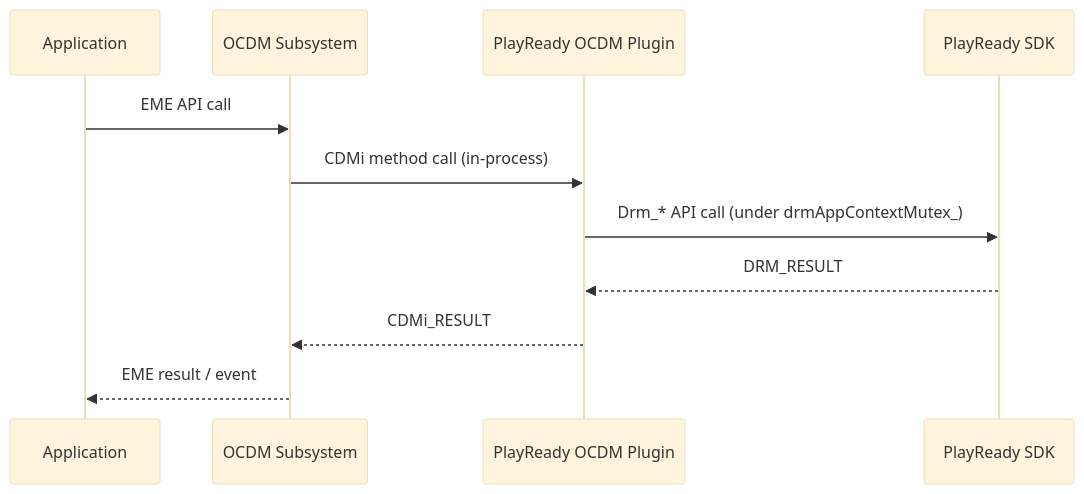
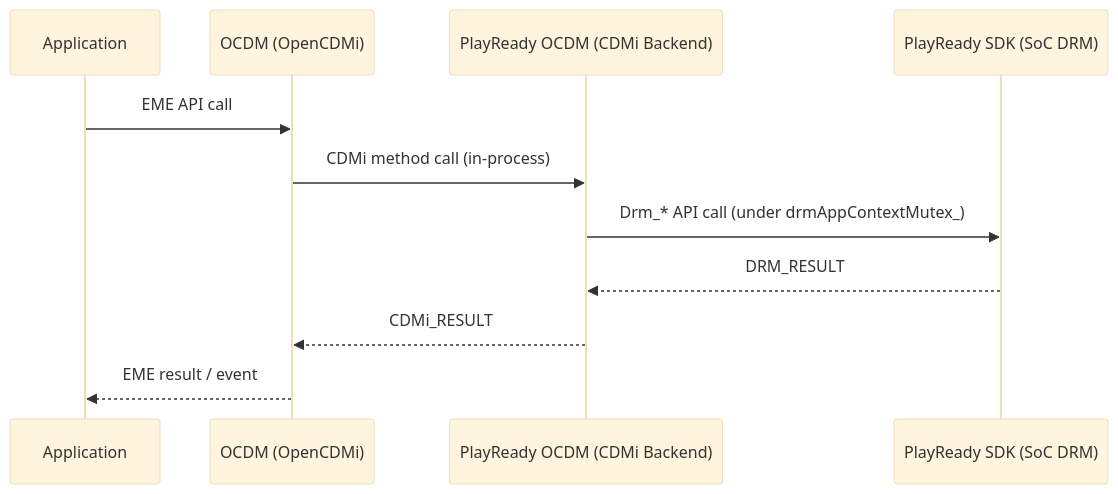
Before and after one commit to rns21/RDK_Documentation: the seventh of 8 diagrams in docs/docu/RDKV-Documentations/playready-ocdm.md, drawn with Mermaid (base theme). The commit also changed other lines of this file, not shown here.

First line of the commit message:
Revise PlayReady OCDM documentation

````diff
--- a/docs/docu/RDKV-Documentations/playready-ocdm.md
+++ b/docs/docu/RDKV-Documentations/playready-ocdm.md
@@ -342,14 +350,14 @@
 ```mermaid
 sequenceDiagram
     participant App as Application
-    participant OCDM as OCDM Subsystem
-    participant PR as PlayReady OCDM Plugin
-    participant PRSDK as PlayReady SDK
+    participant OCDM as OCDM (OpenCDMi)
+    participant PR as PlayReady OCDM (CDMi Backend)
+    participant PRSDK as PlayReady SDK (SoC DRM)
 
     App->>OCDM: EME API call
     OCDM->>PR: CDMi method call (in-process)
     PR->>PRSDK: Drm_* API call (under drmAppContextMutex_)
     PRSDK-->>PR: DRM_RESULT
     PR-->>OCDM: CDMi_RESULT
     OCDM-->>App: EME result / event
 ```
````
